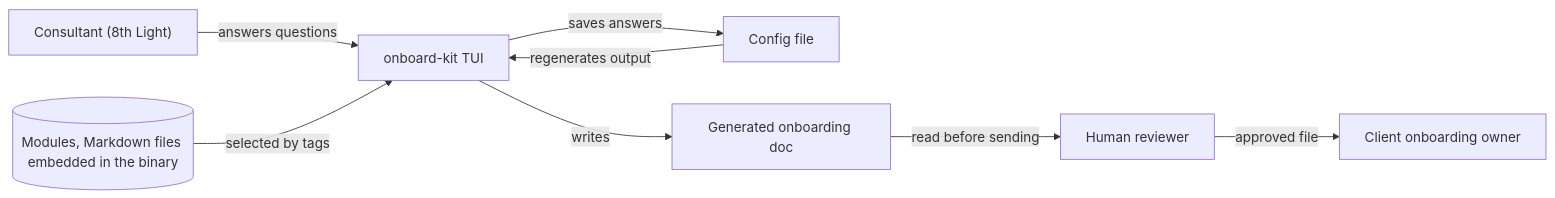
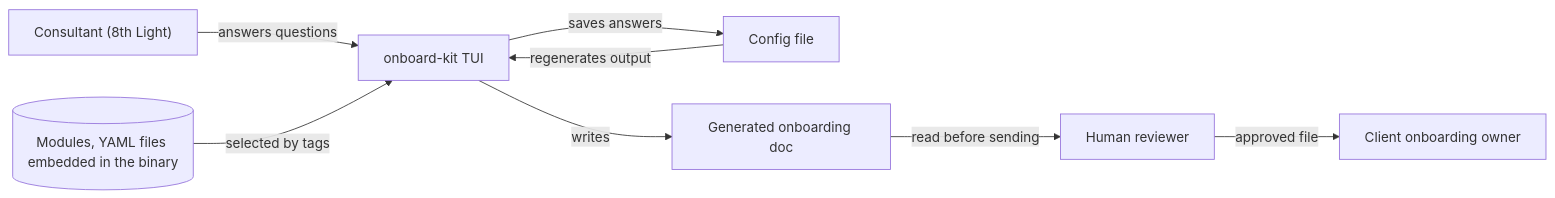
The diagram in docs/architecture/01-context.md (8thlight-daveloper/onboard-kit), drawn with Mermaid before and after one commit. The commit also changed other lines of this file and 7 other files, not shown here.

Commit message:
Move modules to YAML and add a worked ACME example

````diff
--- a/docs/architecture/01-context.md
+++ b/docs/architecture/01-context.md
@@ -12,18 +12,18 @@
 ```mermaid
 flowchart LR
     consultant["Consultant (8th Light)"]
     kit["onboard-kit TUI"]
-    modules[("Modules, Markdown files embedded in the binary")]
+    modules[("Modules, YAML files embedded in the binary")]
     config["Config file"]
     doc["Generated onboarding doc"]
     reviewer["Human reviewer"]
     client["Client onboarding owner"]
 
     consultant -->|answers questions| kit
     modules -->|selected by tags| kit
     kit -->|saves answers| config
     config -->|regenerates output| kit
     kit -->|writes| doc
     doc -->|read before sending| reviewer
     reviewer -->|approved file| client
 ```
````
